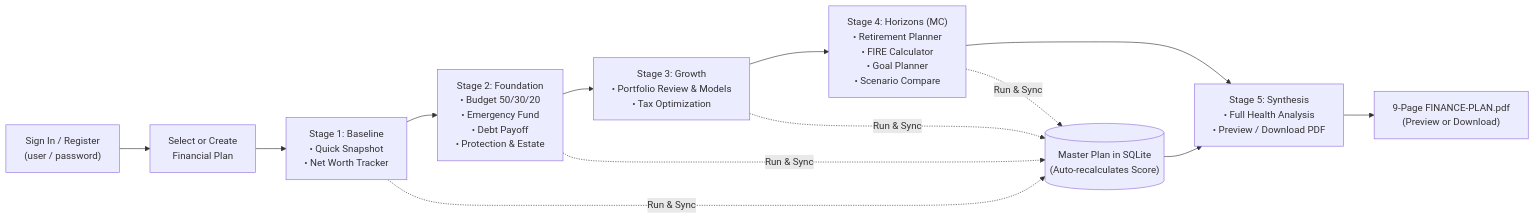
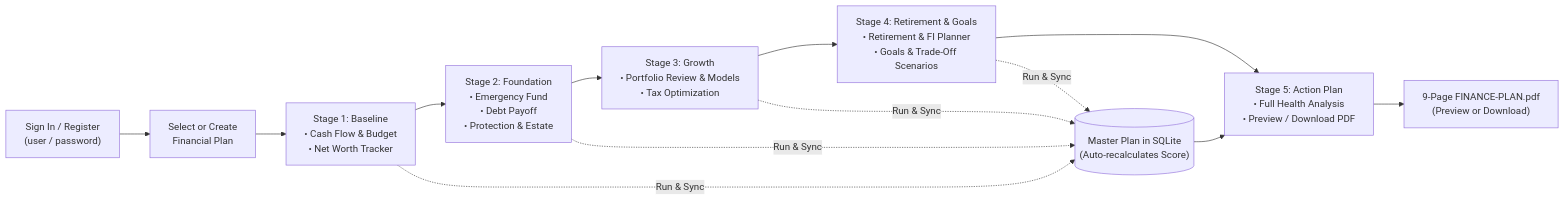
Before and after one commit to pmishra02138/ai-finance: the first of 4 diagrams in docs/WORKFLOW.md, drawn with Mermaid. The commit also changed 18 other files, not shown here.

Commit message:
Consolidate 13 to 10 modules, add Reset Plan flow, and revamp banner/stage labels

````diff
--- a/docs/WORKFLOW.md
+++ b/docs/WORKFLOW.md
@@ -13,17 +13,17 @@
 ```mermaid
 flowchart LR
     Login["Sign In / Register\n(user / password)"] --> SelectPlan["Select or Create\nFinancial Plan"]
 
-    SelectPlan --> S1["Stage 1: Baseline\n• Quick Snapshot\n• Net Worth Tracker"]
-    S1 --> S2["Stage 2: Foundation\n• Budget 50/30/20\n• Emergency Fund\n• Debt Payoff\n• Protection & Estate"]
+    SelectPlan --> S1["Stage 1: Baseline\n• Cash Flow & Budget\n• Net Worth Tracker"]
+    S1 --> S2["Stage 2: Foundation\n• Emergency Fund\n• Debt Payoff\n• Protection & Estate"]
     S2 --> S3["Stage 3: Growth\n• Portfolio Review & Models\n• Tax Optimization"]
-    S3 --> S4["Stage 4: Horizons (MC)\n• Retirement Planner\n• FIRE Calculator\n• Goal Planner\n• Scenario Compare"]
-    S4 --> S5["Stage 5: Synthesis\n• Full Health Analysis\n• Preview / Download PDF"]
+    S3 --> S4["Stage 4: Retirement & Goals\n• Retirement & FI Planner\n• Goals & Trade-Off Scenarios"]
+    S4 --> S5["Stage 5: Action Plan\n• Full Health Analysis\n• Preview / Download PDF"]
 
     S1 -. "Run & Sync" .-> MasterPlan[("Master Plan in SQLite\n(Auto-recalculates Score)")]
     S2 -. "Run & Sync" .-> MasterPlan
     S3 -. "Run & Sync" .-> MasterPlan
     S4 -. "Run & Sync" .-> MasterPlan
     MasterPlan --> S5
     S5 --> PDF["9-Page FINANCE-PLAN.pdf\n(Preview or Download)"]
 ```
````
